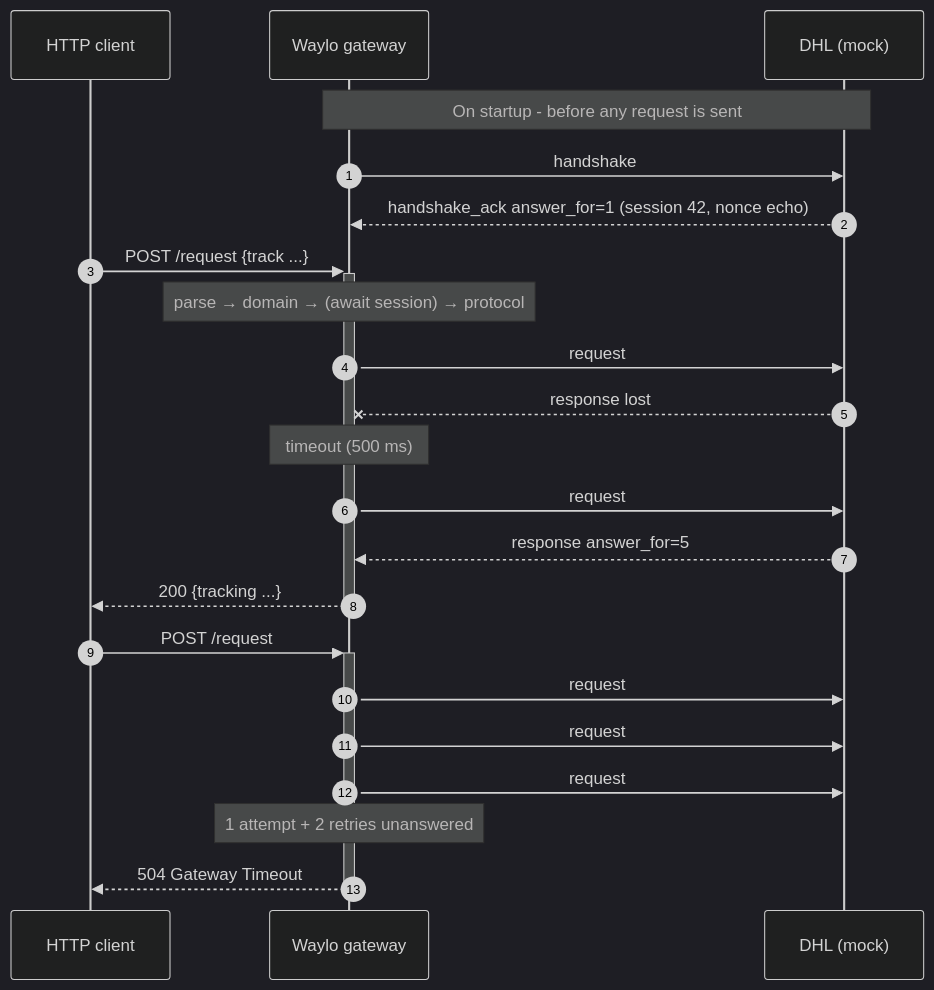
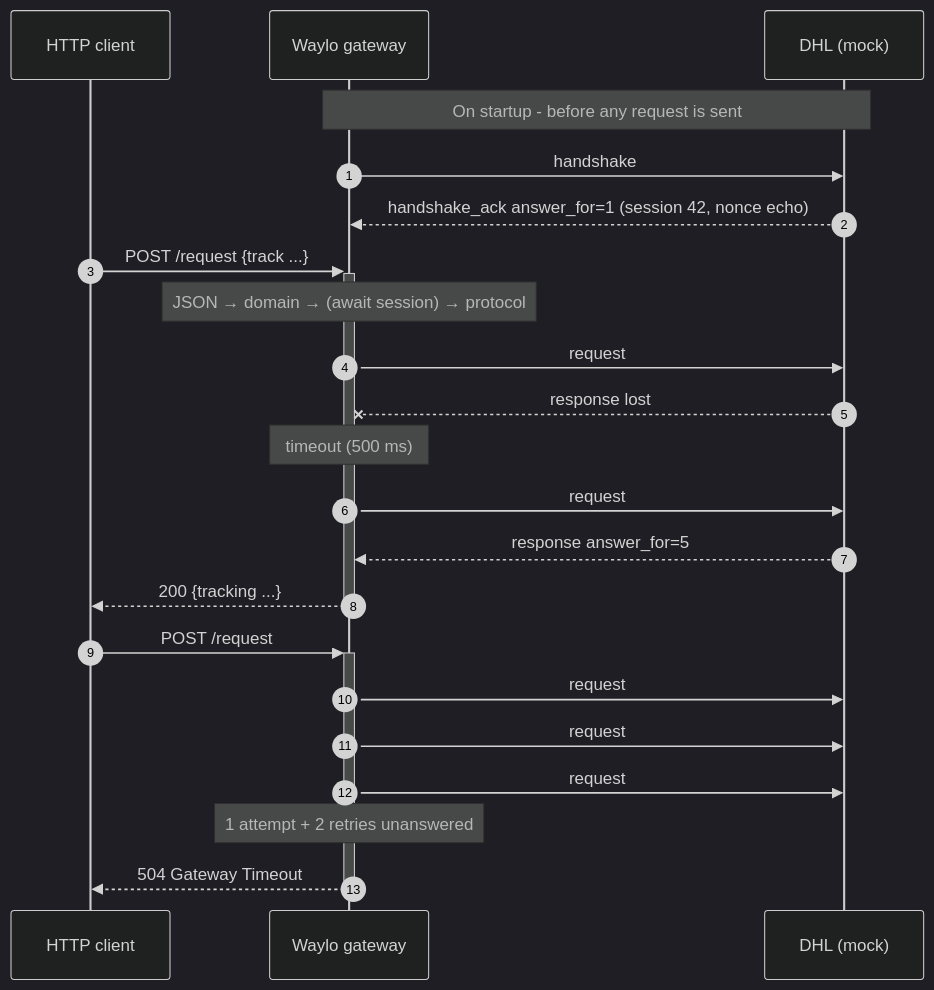
Before and after one commit to ndgynxjnsn-alt/waylo: the eighth of 12 diagrams in README.md, drawn with Mermaid (dark theme). The commit also changed other lines of this file and 14 other files, not shown here.

First line of the commit message:
Simplify: deserialize JSON directly into plain domain data classes

````diff
--- a/README.md
+++ b/README.md
@@ -221,27 +219,27 @@
 ```mermaid
 sequenceDiagram
     autonumber
     participant C as HTTP client
     participant G as Waylo gateway
     participant D as DHL (mock)
 
     Note over G,D: On startup - before any request is sent
     G->>D: handshake #1 (client name, nonce)
     D-->>G: handshake_ack answer_for=1 (session 42, nonce echo)
 
     C->>+G: POST /request {track ...}
-    Note over G: parse → domain → (await session) → protocol
+    Note over G: JSON → domain → (await session) → protocol
     G->>D: request #5 session=42
     D--xG: response lost
     Note over G: timeout (500 ms)
     G->>D: request #5 [retransmission]
     D-->>G: response answer_for=5
     G-->>-C: 200 {tracking ...}
 
     C->>+G: POST /request
     G->>D: request #6
     G->>D: request #6 [retransmission]
     G->>D: request #6 [retransmission]
     Note over G: 1 attempt + 2 retries unanswered
     G-->>-C: 504 Gateway Timeout
 ```
````
